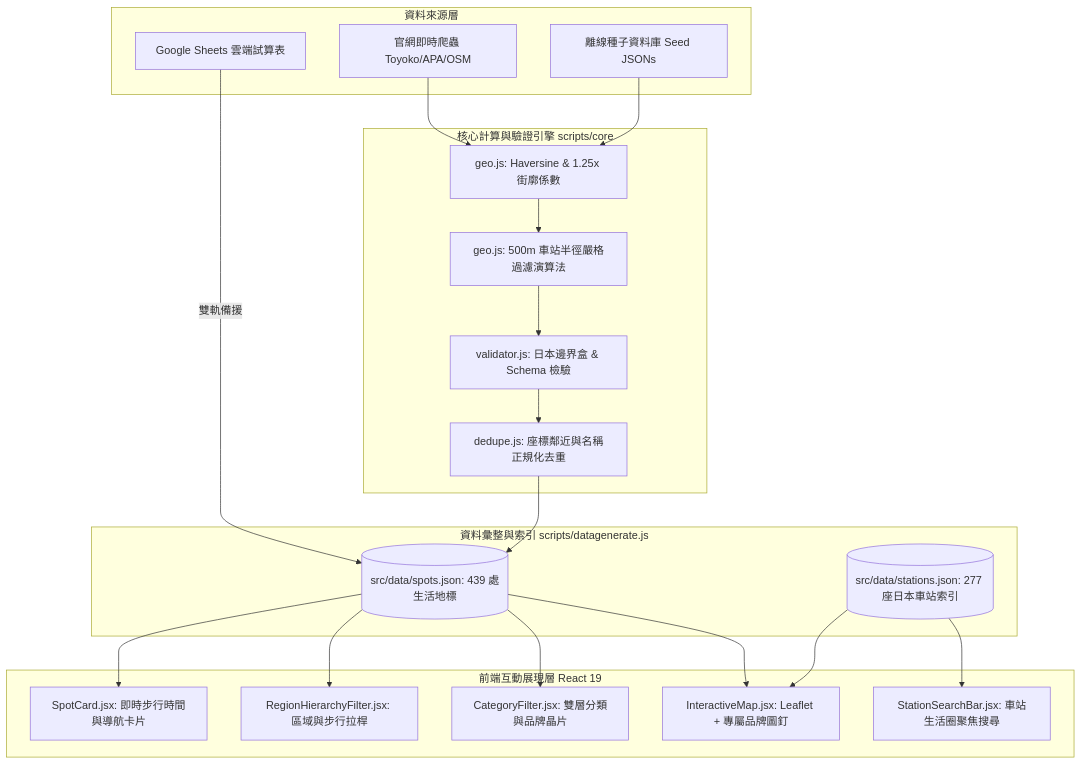
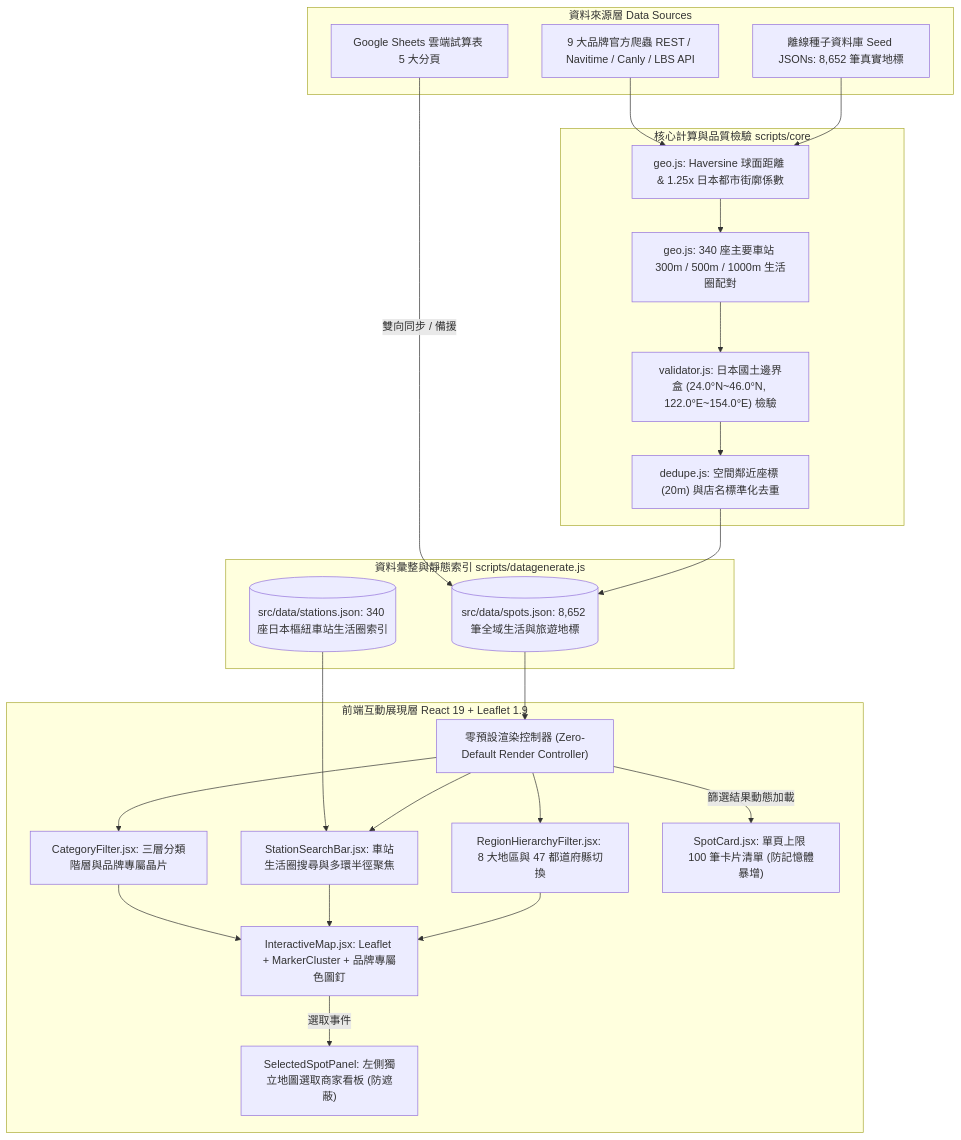
One commit to imhahac/japan-travel-map-guide changed the first of 2 diagrams in docs/ARCHITECTURE.md. Above: the diagram before and after it, drawn with Mermaid. The commit also changed other lines of this file and 3 other files, not shown here.

Commit message:
docs: synchronize all documentation (README, architecture, deployment, Google Sheets) with 8,652 spots, 340 stations, zero-default rendering, and Taiwan terminology

````diff
--- a/docs/ARCHITECTURE.md
+++ b/docs/ARCHITECTURE.md
@@ -12,42 +13,48 @@
 ```mermaid
 graph TD
-    subgraph Data Sources [資料來源層]
-        A1[Google Sheets 雲端試算表]
-        A2[官網即時爬蟲 Toyoko/APA/OSM]
-        A3[離線種子資料庫 Seed JSONs]
+    subgraph Data Sources [資料來源層 Data Sources]
+        A1[Google Sheets 雲端試算表 5 大分頁]
+        A2[9 大品牌官方爬蟲 REST / Navitime / Canly / LBS API]
+        A3[離線種子資料庫 Seed JSONs: 8,652 筆真實地標]
     end
 
-    subgraph Core Engine [核心計算與驗證引擎 scripts/core]
-        B1[geo.js: Haversine & 1.25x 街廓係數]
-        B2[geo.js: 500m 車站半徑嚴格過濾演算法]
-        B3[validator.js: 日本邊界盒 & Schema 檢驗]
-        B4[dedupe.js: 座標鄰近與名稱正規化去重]
+    subgraph Core Processing [核心計算與品質檢驗 scripts/core]
+        B1["geo.js: Haversine 球面距離 & 1.25x 日本都市街廓係數"]
+        B2["geo.js: 340 座主要車站 300m / 500m / 1000m 生活圈配對"]
+        B3["validator.js: 日本國土邊界盒 (24.0°N~46.0°N, 122.0°E~154.0°E) 檢驗"]
+        B4["dedupe.js: 空間鄰近座標 (20m) 與店名標準化去重"]
     end
 
-    subgraph Data Aggregator [資料彙整與索引 scripts/datagenerate.js]
-        C1[(src/data/spots.json: 439 處生活地標)]
-        C2[(src/data/stations.json: 277 座日本車站索引)]
+    subgraph Data Aggregator [資料彙整與靜態索引 scripts/datagenerate.js]
+        C1[("src/data/spots.json: 8,652 筆全域生活與旅遊地標")]
+        C2[("src/data/stations.json: 340 座日本樞紐車站生活圈索引")]
     end
 
-    subgraph Presentation Layer [前端互動展現層 React 19]
-        D1[InteractiveMap.jsx: Leaflet + 專屬品牌圖釘]
-        D2[CategoryFilter.jsx: 雙層分類與品牌晶片]
-        D3[RegionHierarchyFilter.jsx: 區域與步行拉桿]
-        D4[StationSearchBar.jsx: 車站生活圈聚焦搜尋]
-        D5[SpotCard.jsx: 即時步行時間與導航卡片]
+    subgraph Presentation Layer [前端互動展現層 React 19 + Leaflet 1.9]
+        D1["零預設渲染控制器 (Zero-Default Render Controller)"]
+        D2["CategoryFilter.jsx: 三層分類階層與品牌專屬晶片"]
+        D3["StationSearchBar.jsx: 車站生活圈搜尋與多環半徑聚焦"]
+        D4["RegionHierarchyFilter.jsx: 8 大地區與 47 都道府縣切換"]
+        D5["InteractiveMap.jsx: Leaflet + MarkerCluster + 品牌專屬色圖釘"]
+        D6["SelectedSpotPanel: 左側獨立地圖選取商家看板 (防遮蔽)"]
+        D7["SpotCard.jsx: 單頁上限 100 筆卡片清單 (防記憶體暴增)"]
     end
 
-    A1 -->|雙軌備援| C1
+    A1 -->|雙向同步 / 備援| C1
     A2 --> B1
     A3 --> B1
     B1 --> B2
     B2 --> B3
     B3 --> B4
     B4 --> C1
     C1 --> D1
-    C1 --> D2
-    C1 --> D3
-    C1 --> D5
-    C2 --> D4
-    C2 --> D1
+    C2 --> D3
+    D1 --> D2
+    D1 --> D3
+    D1 --> D4
+    D2 --> D5
+    D3 --> D5
+    D4 --> D5
+    D5 -->|選取事件| D6
+    D1 -->|篩選結果動態加載| D7
 ```
````
